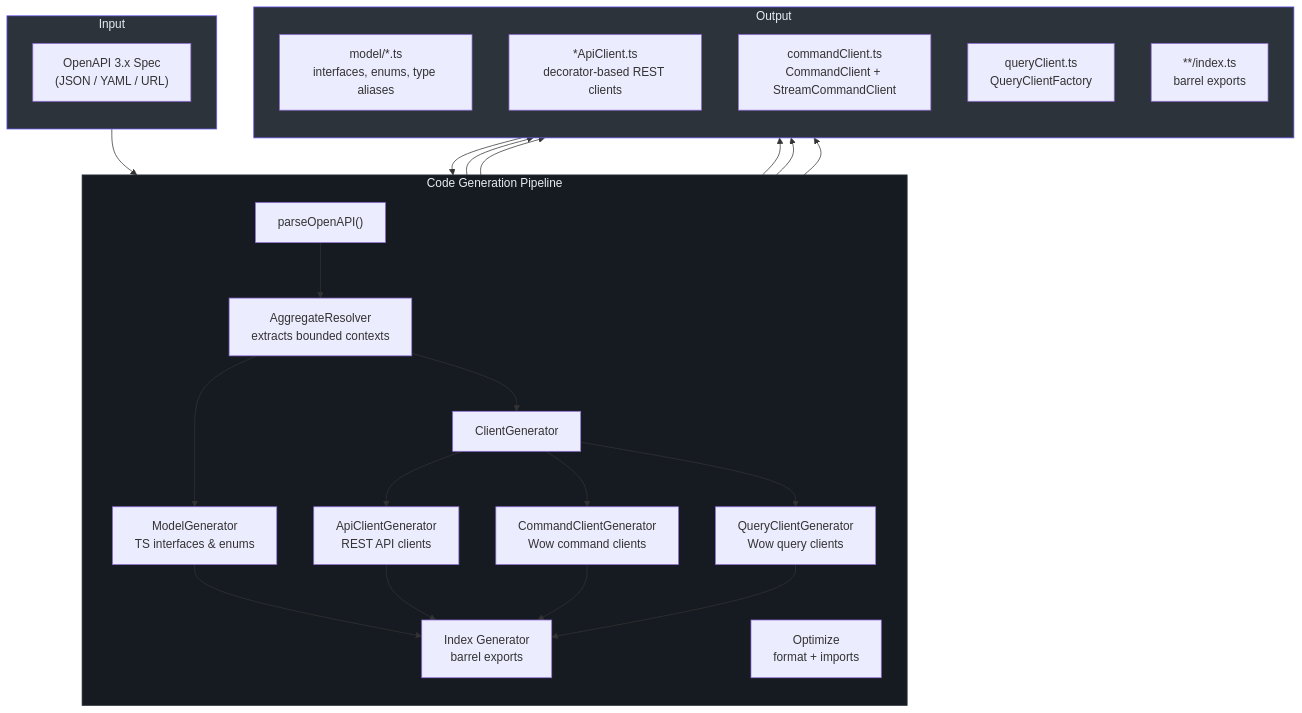
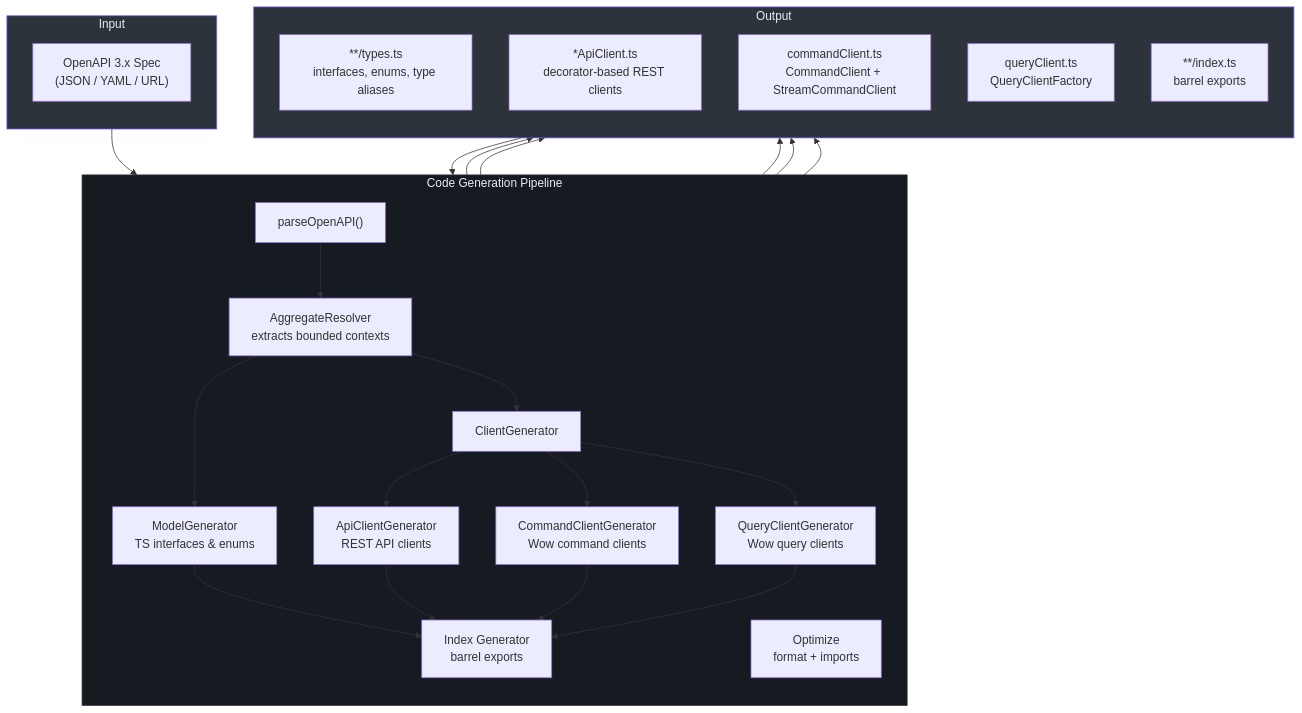
Before and after one commit to Ahoo-Wang/fetcher: the first of 3 diagrams in wiki/packages/generator.md, drawn with Mermaid. The commit also changed other lines of this file and 29 other files, not shown here.

````diff
--- a/wiki/packages/generator.md
+++ b/wiki/packages/generator.md
@@ -18,51 +18,51 @@
 ```mermaid
 graph TB
     subgraph Input
         direction TB
         OA["OpenAPI 3.x Spec<br>(JSON / YAML / URL)"]
     end
 
     subgraph Pipeline["Code Generation Pipeline"]
         direction TB
         PARSE["parseOpenAPI()"]
         RESOLVE["AggregateResolver<br>extracts bounded contexts"]
         MODEL["ModelGenerator<br>TS interfaces & enums"]
         CLIENT["ClientGenerator"]
         API["ApiClientGenerator<br>REST API clients"]
         CMD["CommandClientGenerator<br>Wow command clients"]
         QRY["QueryClientGenerator<br>Wow query clients"]
         INDEX["Index Generator<br>barrel exports"]
         OPT["Optimize<br>format + imports"]
     end
 
     subgraph Output
         direction TB
-        TYPES["model/*.ts<br>interfaces, enums, type aliases"]
+        TYPES["**/types.ts<br>interfaces, enums, type aliases"]
         APICLIENT["*ApiClient.ts<br>decorator-based REST clients"]
         CMDCLIENT["commandClient.ts<br>CommandClient + StreamCommandClient"]
         QRYCLIENT["queryClient.ts<br>QueryClientFactory"]
         INDICES["**/index.ts<br>barrel exports"]
     end
 
     OA --> PARSE
     PARSE --> RESOLVE
     RESOLVE --> MODEL
     RESOLVE --> CLIENT
     MODEL --> TYPES
     CLIENT --> API
     CLIENT --> CMD
     CLIENT --> QRY
     API --> APICLIENT
     CMD --> CMDCLIENT
     QRY --> QRYCLIENT
     MODEL --> INDEX
     API --> INDEX
     CMD --> INDEX
     QRY --> INDEX
     INDEX --> INDICES
     INDICES --> OPT
 
     style Input fill:#2d333b,stroke:#6d5dfc,color:#e6edf3
     style Pipeline fill:#161b22,stroke:#30363d,color:#e6edf3
     style Output fill:#2d333b,stroke:#6d5dfc,color:#e6edf3
 ```
````
